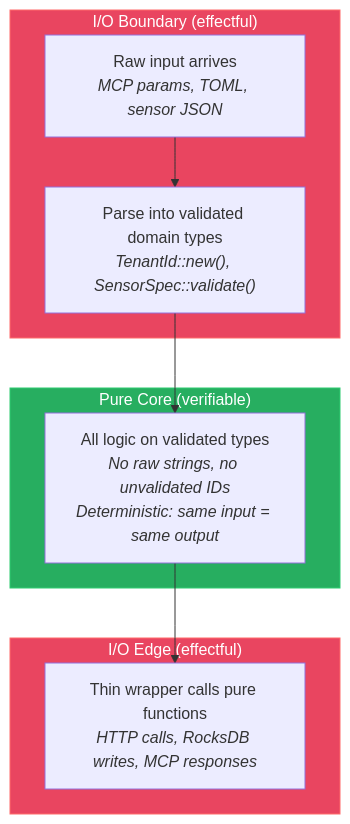
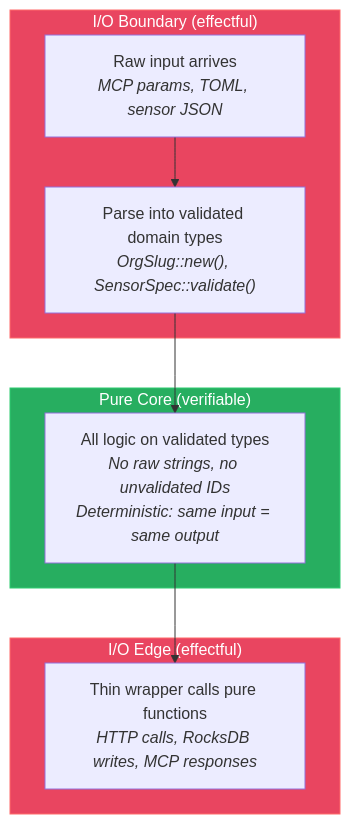
The second of 2 diagrams in specs/architecture/purity-boundary-map.md (drbothen/prism), drawn with Mermaid before and after one commit. The commit also changed other lines of this file and 29 other files, not shown here.

````diff
--- a/specs/architecture/purity-boundary-map.md
+++ b/specs/architecture/purity-boundary-map.md
@@ -51,21 +53,21 @@
 ```mermaid
 graph TD
     subgraph BOUNDARY["I/O Boundary (effectful)"]
         RAW["Raw input arrives<br/><i>MCP params, TOML, sensor JSON</i>"]
-        PARSE["Parse into validated domain types<br/><i>TenantId::new(), SensorSpec::validate()</i>"]
+        PARSE["Parse into validated domain types<br/><i>OrgSlug::new(), SensorSpec::validate()</i>"]
     end
 
     subgraph CORE_LOGIC["Pure Core (verifiable)"]
         TRANSFORM["All logic on validated types<br/><i>No raw strings, no unvalidated IDs<br/>Deterministic: same input = same output</i>"]
     end
 
     subgraph EDGE["I/O Edge (effectful)"]
         EFFECT["Thin wrapper calls pure functions<br/><i>HTTP calls, RocksDB writes, MCP responses</i>"]
     end
 
     RAW --> PARSE --> TRANSFORM --> EFFECT
 
     style BOUNDARY fill:#e94560,stroke:#ff6b6b,color:#fff
     style CORE_LOGIC fill:#27ae60,stroke:#2ecc71,color:#fff
     style EDGE fill:#e94560,stroke:#ff6b6b,color:#fff
 ```
````
